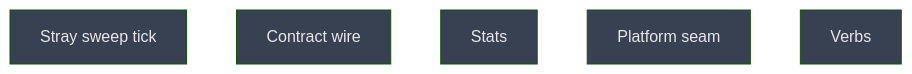
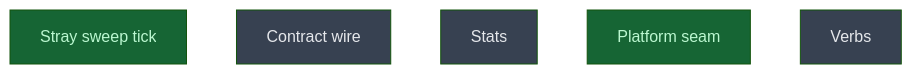
Before and after one commit to CrackingShells/Candler: the diagram in __roadmap__/m3-lean-cli/README.md, drawn with Mermaid (forest theme). The commit also changed other lines of this file, not shown here.

Commit message:
rdm(cli): mark stray_sweep_tick and platform_seam done
Both are merged into the milestone branch with their gates met. The stray-sweep fix is also open on main as CrackingShells/Candler#18.

````diff
--- a/__roadmap__/m3-lean-cli/README.md
+++ b/__roadmap__/m3-lean-cli/README.md
@@ -137,13 +137,13 @@
 ```mermaid
 graph TD
-    stray_sweep_tick[Stray sweep tick]:::planned
+    stray_sweep_tick[Stray sweep tick]:::done
     contract_wire[Contract wire]:::planned
     stats[Stats]:::planned
-    platform_seam[Platform seam]:::planned
+    platform_seam[Platform seam]:::done
     verbs[Verbs]:::planned
     classDef done       fill:#166534,color:#bbf7d0
     classDef inprogress fill:#854d0e,color:#fef08a
     classDef planned    fill:#374151,color:#e5e7eb
     classDef amendment  fill:#1e3a5f,color:#bfdbfe
     classDef blocked    fill:#7f1d1d,color:#fecaca
 ```
````
